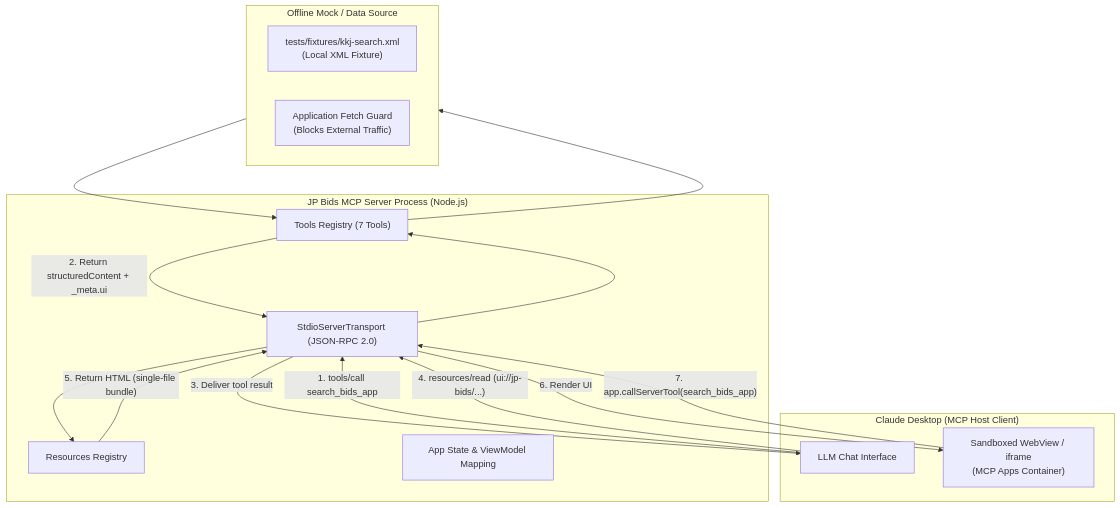
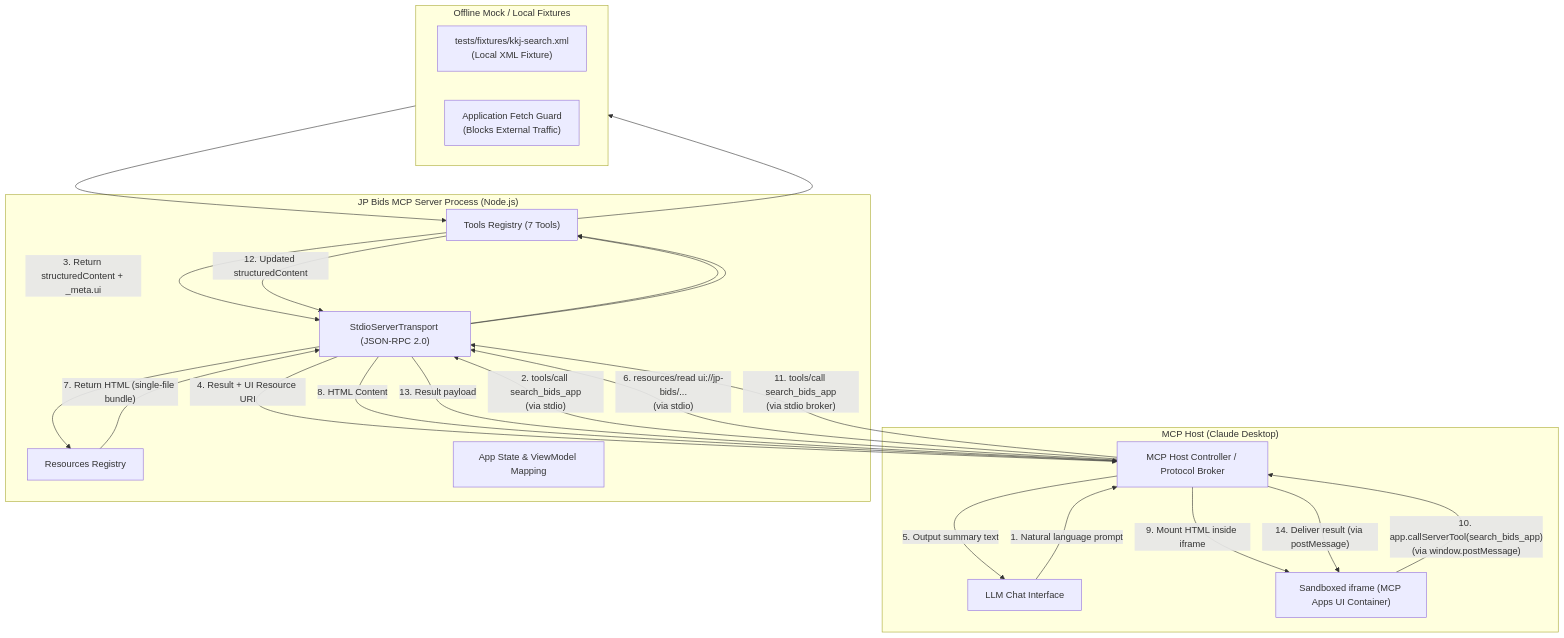
The diagram in docs/showcase/README.md (SUGUKURU-CO-LTD/jp-bids-mcp), drawn with Mermaid before and after one commit. The commit also changed other lines of this file, not shown here.

Commit message:
docs: refine showcase descriptions for host broker flow, csp and format accuracy

````diff
--- a/docs/showcase/README.md
+++ b/docs/showcase/README.md
@@ -90,33 +92,45 @@
 ```mermaid
 flowchart TB
-  subgraph Client["Claude Desktop (MCP Host Client)"]
+  subgraph Host["MCP Host (Claude Desktop)"]
     Chat["LLM Chat Interface"]
-    WebView["Sandboxed WebView / iframe\n(MCP Apps Container)"]
+    HostBroker["MCP Host Controller / Protocol Broker"]
+    UIContainer["Sandboxed iframe (MCP Apps UI Container)"]
   end
 
   subgraph Server["JP Bids MCP Server Process (Node.js)"]
     Stdio["StdioServerTransport (JSON-RPC 2.0)"]
     Tools["Tools Registry (7 Tools)"]
     Resources["Resources Registry"]
     AppLogic["App State & ViewModel Mapping"]
   end
 
-  subgraph DataLayer["Offline Mock / Data Source"]
+  subgraph DataLayer["Offline Mock / Local Fixtures"]
     Fixture["tests/fixtures/kkj-search.xml\n(Local XML Fixture)"]
     FetchGuard["Application Fetch Guard\n(Blocks External Traffic)"]
   end
 
-  Chat -- "1. tools/call search_bids_app" --> Stdio
+  %% Flow 1: Initial Launch
+  Chat -- "1. Natural language prompt" --> HostBroker
+  HostBroker -- "2. tools/call search_bids_app\n(via stdio)" --> Stdio
   Stdio --> Tools
   Tools --> DataLayer
   DataLayer --> Tools
-  Tools -- "2. Return structuredContent + _meta.ui" --> Stdio
-  Stdio -- "3. Deliver tool result" --> Chat
+  Tools -- "3. Return structuredContent + _meta.ui" --> Stdio
+  Stdio -- "4. Result + UI Resource URI" --> HostBroker
+  HostBroker -- "5. Output summary text" --> Chat
 
-  Chat -- "4. resources/read (ui://jp-bids/...)" --> Stdio
+  %% Flow 2: UI Resource Retrieval & Mounting
+  HostBroker -- "6. resources/read ui://jp-bids/...\n(via stdio)" --> Stdio
   Stdio --> Resources
-  Resources -- "5. Return HTML (single-file bundle)" --> Stdio
-  Stdio -- "6. Render UI" --> WebView
+  Resources -- "7. Return HTML (single-file bundle)" --> Stdio
+  Stdio -- "8. HTML Content" --> HostBroker
+  HostBroker -- "9. Mount HTML inside iframe" --> UIContainer
 
-  WebView -- "7. app.callServerTool(search_bids_app)" --> Stdio
+  %% Flow 3: Bidirectional Tool Invocation
+  UIContainer -- "10. app.callServerTool(search_bids_app)\n(via window.postMessage)" --> HostBroker
+  HostBroker -- "11. tools/call search_bids_app\n(via stdio broker)" --> Stdio
+  Stdio --> Tools
+  Tools -- "12. Updated structuredContent" --> Stdio
+  Stdio -- "13. Result payload" --> HostBroker
+  HostBroker -- "14. Deliver result (via postMessage)" --> UIContainer
 ```
````
